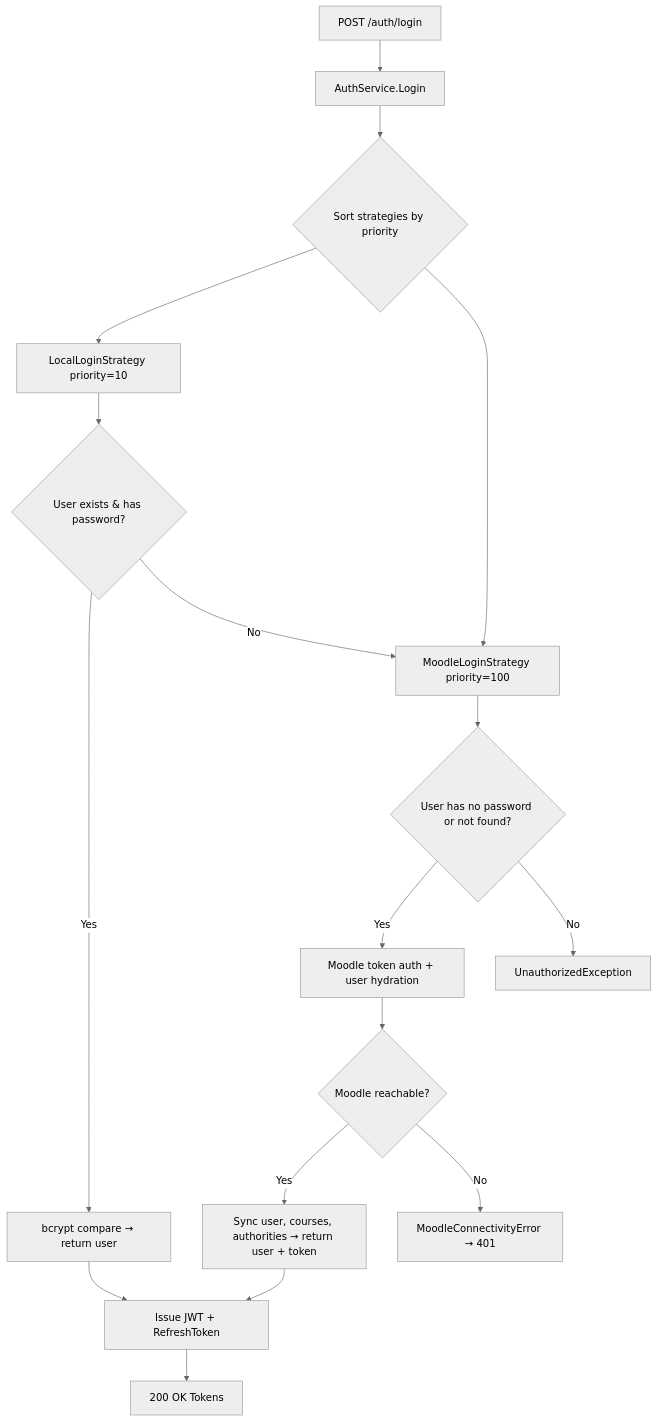
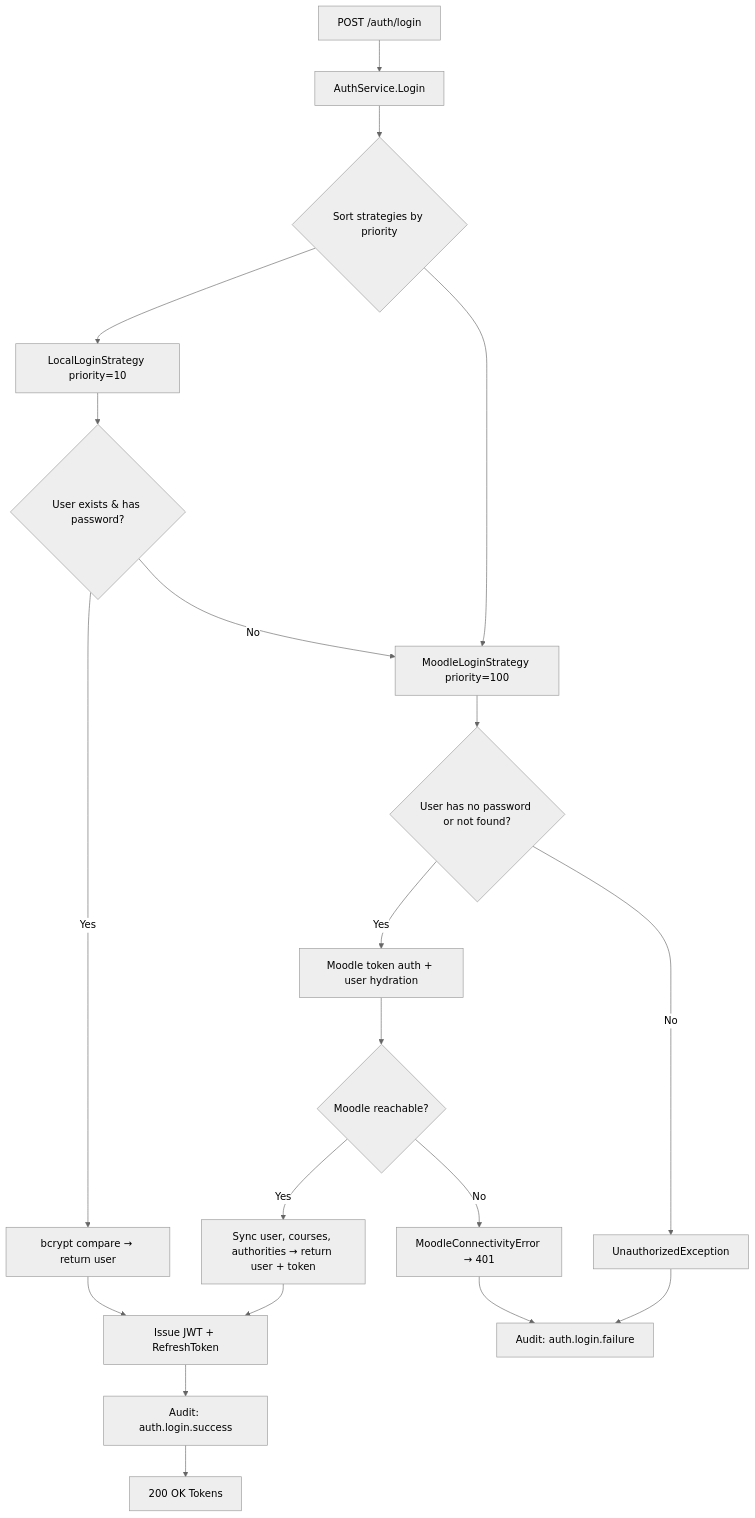
One commit to CtrlAltElite-Devs/docs.dev.faculytics changed the first of 2 diagrams in content/docs/workflows/auth-hydration.mdx. Above: the diagram before and after it, drawn with Mermaid (neutral theme). The commit also changed other lines of this file and 19 other files, not shown here.

````diff
--- a/content/docs/workflows/auth-hydration.mdx
+++ b/content/docs/workflows/auth-hydration.mdx
@@ -10,23 +10,27 @@
 ```mermaid
 flowchart TD
     A[POST /auth/login] --> B[AuthService.Login]
     B --> C{Sort strategies by priority}
     C --> D[LocalLoginStrategy priority=10]
     C --> E[MoodleLoginStrategy priority=100]
 
     D --> F{User exists & has password?}
     F -- Yes --> G[bcrypt compare → return user]
     F -- No --> E
 
     E --> H{User has no password or not found?}
     H -- Yes --> I[Moodle token auth + user hydration]
     H -- No --> J[UnauthorizedException]
 
     I --> K{Moodle reachable?}
     K -- Yes --> L[Sync user, courses, authorities → return user + token]
     K -- No --> M[MoodleConnectivityError → 401]
 
     G --> N[Issue JWT + RefreshToken]
     L --> N
-    N --> O[200 OK Tokens]
+    N --> P[Audit: auth.login.success]
+    P --> O[200 OK Tokens]
+
+    J --> Q[Audit: auth.login.failure]
+    M --> Q
 ```
````
